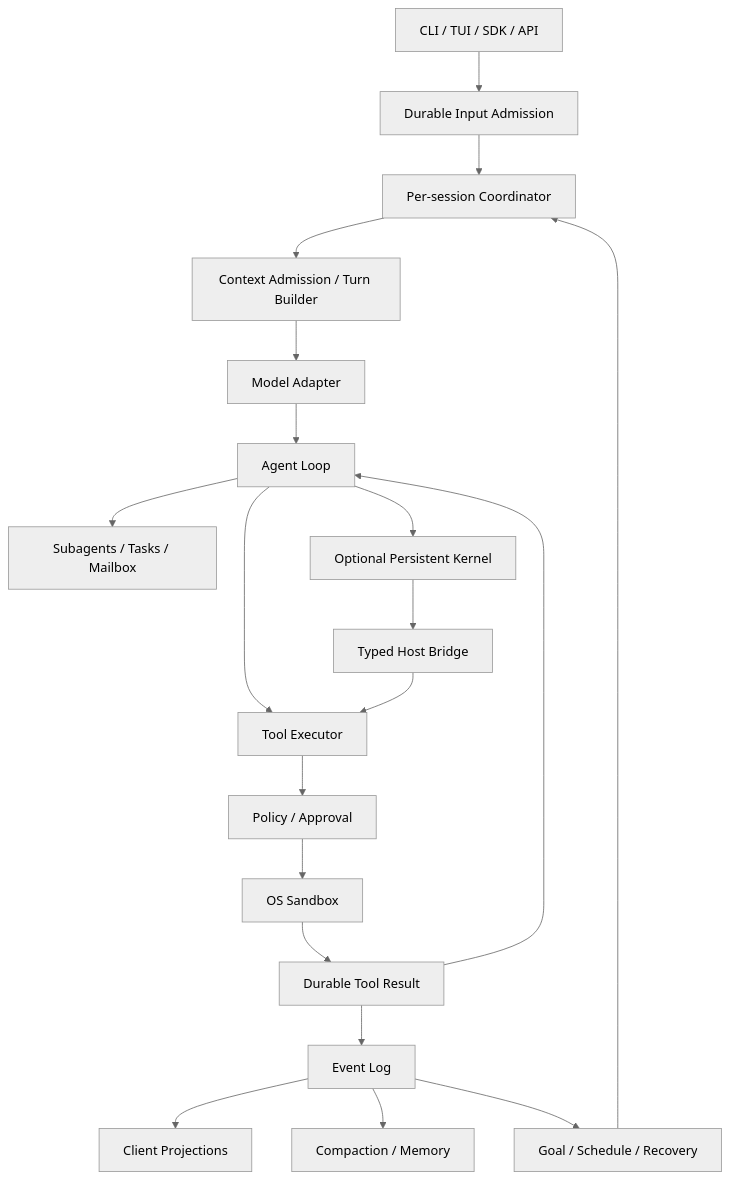
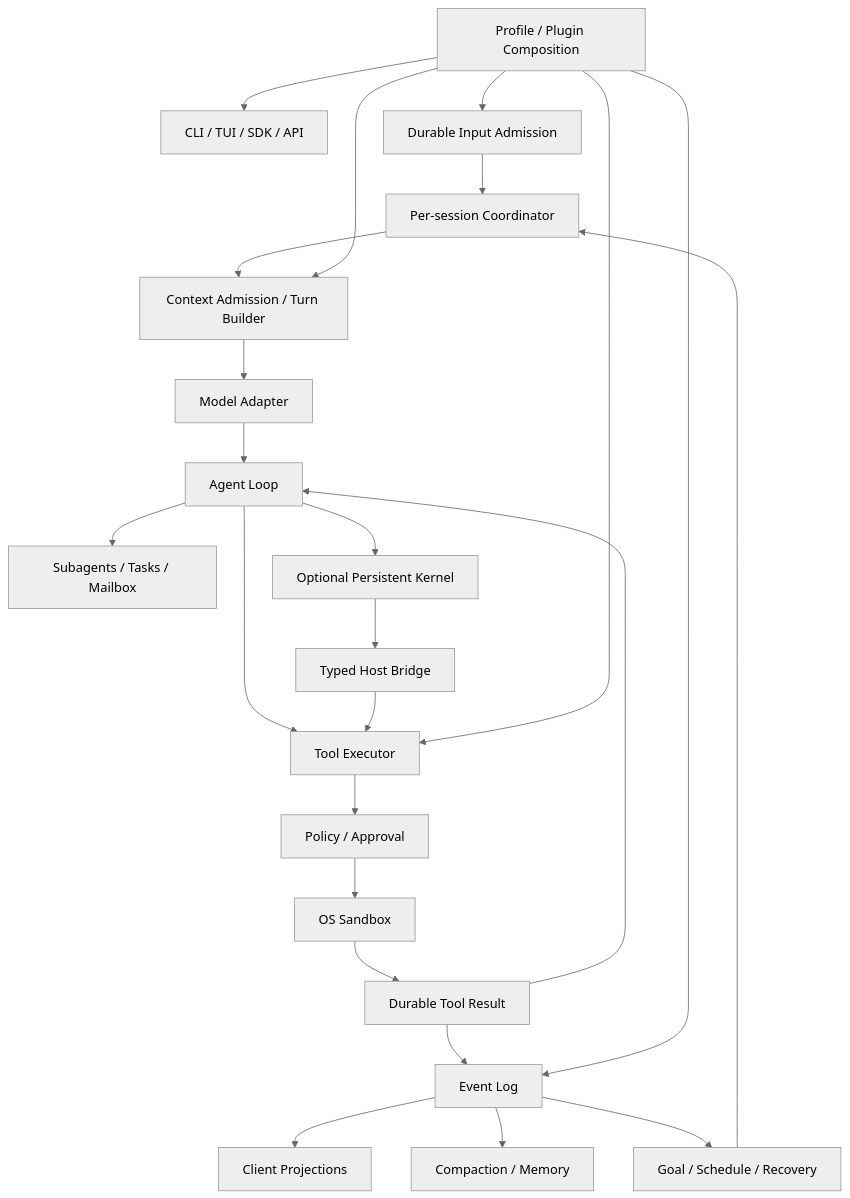
The diagram in harness-design-summary.md (xiaobeicn/harness-learn), drawn with Mermaid (neutral theme) before and after one commit. The commit also changed other lines of this file and 31 other files, not shown here.

````diff
--- a/harness-design-summary.md
+++ b/harness-design-summary.md
@@ -249,22 +291,26 @@
 ```mermaid
 flowchart TD
-    UI["CLI / TUI / SDK / API"] --> AD["Durable Input Admission"]
+    PF["Profile / Plugin Composition"] --> UI["CLI / TUI / SDK / API"]
+    PF --> AD["Durable Input Admission"]
     AD --> CO["Per-session Coordinator"]
     CO --> CT["Context Admission / Turn Builder"]
     CT --> ML["Model Adapter"]
     ML --> LP["Agent Loop"]
     LP --> TE["Tool Executor"]
     TE --> AU["Policy / Approval"]
     AU --> SB["OS Sandbox"]
     SB --> RS["Durable Tool Result"]
     RS --> LP
     RS --> EV["Event Log"]
     EV --> PR["Client Projections"]
     EV --> CP["Compaction / Memory"]
     LP --> MA["Subagents / Tasks / Mailbox"]
     LP --> KC["Optional Persistent Kernel"]
     KC --> HB["Typed Host Bridge"]
     HB --> TE
     EV --> LR["Goal / Schedule / Recovery"]
     LR --> CO
+    PF --> CT
+    PF --> TE
+    PF --> EV
 ```
````
